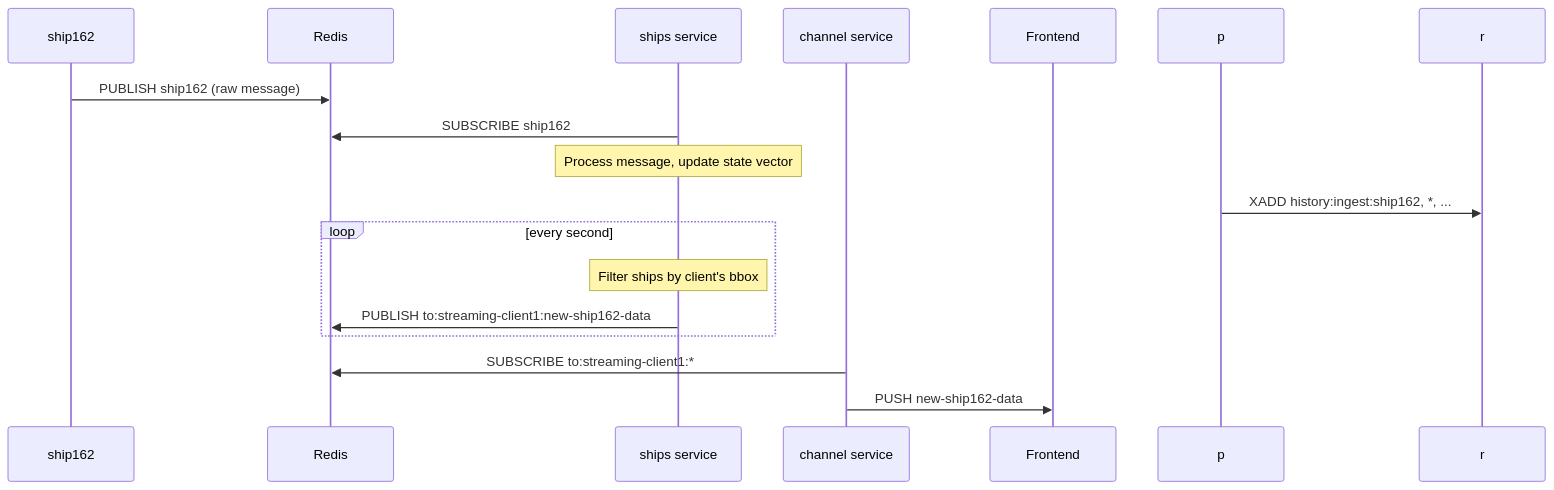
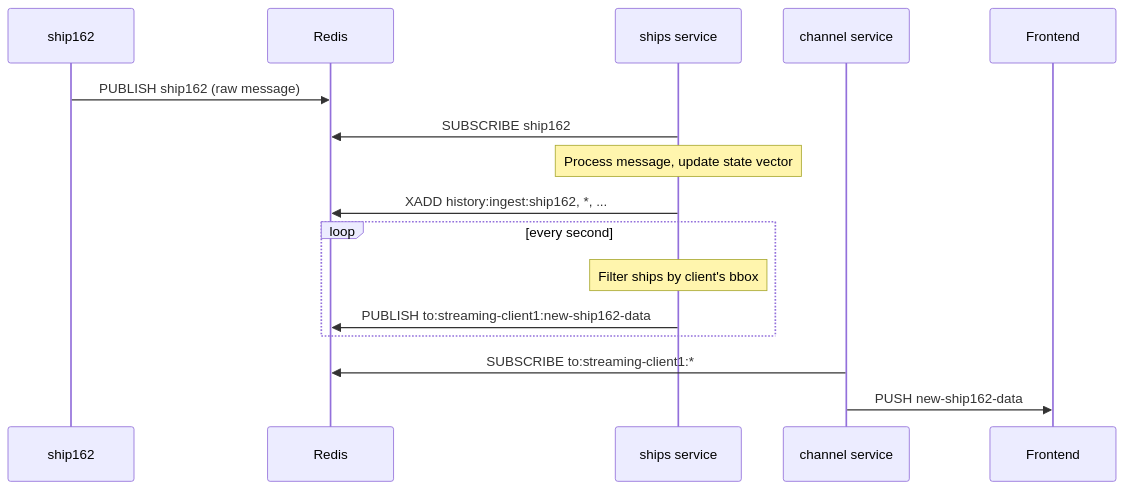
One commit to open-aviation/tangram changed the diagram in docs/plugins/ship162.md. Above: the diagram before and after it, drawn with Mermaid. The commit also changed 7 other files, not shown here.

````diff
--- a/docs/plugins/ship162.md
+++ b/docs/plugins/ship162.md
@@ -11,21 +11,21 @@
 ```mermaid
 sequenceDiagram
     participant S as ship162
     participant R as Redis
     participant P as ships service
     participant C as channel service
     participant F as Frontend
 
     S->>R: PUBLISH ship162 (raw message)
     P->>R: SUBSCRIBE ship162
     Note over P: Process message, update state vector
-    p->>r: XADD history:ingest:ship162, *, ...
+    P->>R: XADD history:ingest:ship162, *, ...
 
     loop every second
         Note over P: Filter ships by client's bbox
         P->>R: PUBLISH to:streaming-client1:new-ship162-data
     end
 
     C->>R: SUBSCRIBE to:streaming-client1:*
     C->>F: PUSH new-ship162-data
 ```
````
